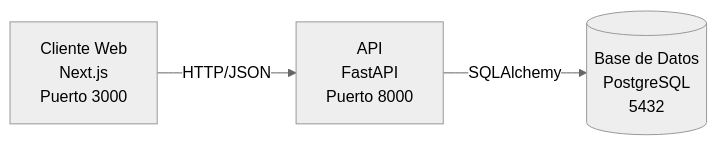
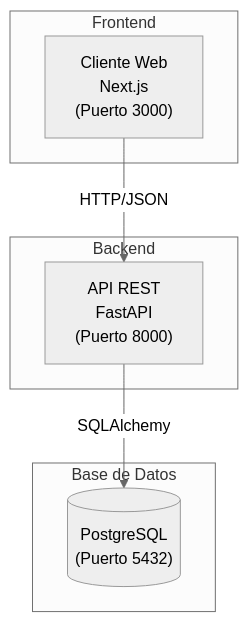
The diagram in docs/arquitectura.md (rbvelas/proyecto-software-agil), drawn with Mermaid (neutral theme) before and after one commit. The commit also changed other lines of this file, not shown here.

Commit message:
Agregar diagrama de arquitectura

````diff
--- a/docs/arquitectura.md
+++ b/docs/arquitectura.md
@@ -5,9 +5,17 @@
 ```mermaid
-flowchart LR
-    Cliente[Cliente Web\nNext.js\nPuerto 3000]
-    API[API\nFastAPI\nPuerto 8000]
-    DB[(Base de Datos\nPostgreSQL\n5432)]
+flowchart TB
+    subgraph Frontend["Frontend"]
+        Cliente["Cliente Web\nNext.js\n(Puerto 3000)"]
+    end
     
-    Cliente -->|HTTP/JSON| API
-    API -->|SQLAlchemy| DB
+    subgraph Backend["Backend"]
+        API["API REST\nFastAPI\n(Puerto 8000)"]
+    end
+    
+    subgraph Database["Base de Datos"]
+        DB[("PostgreSQL\n(Puerto 5432)")]
+    end
+    
+    Cliente -->|"HTTP/JSON"| API
+    API -->|"SQLAlchemy"| DB
 ```
````
